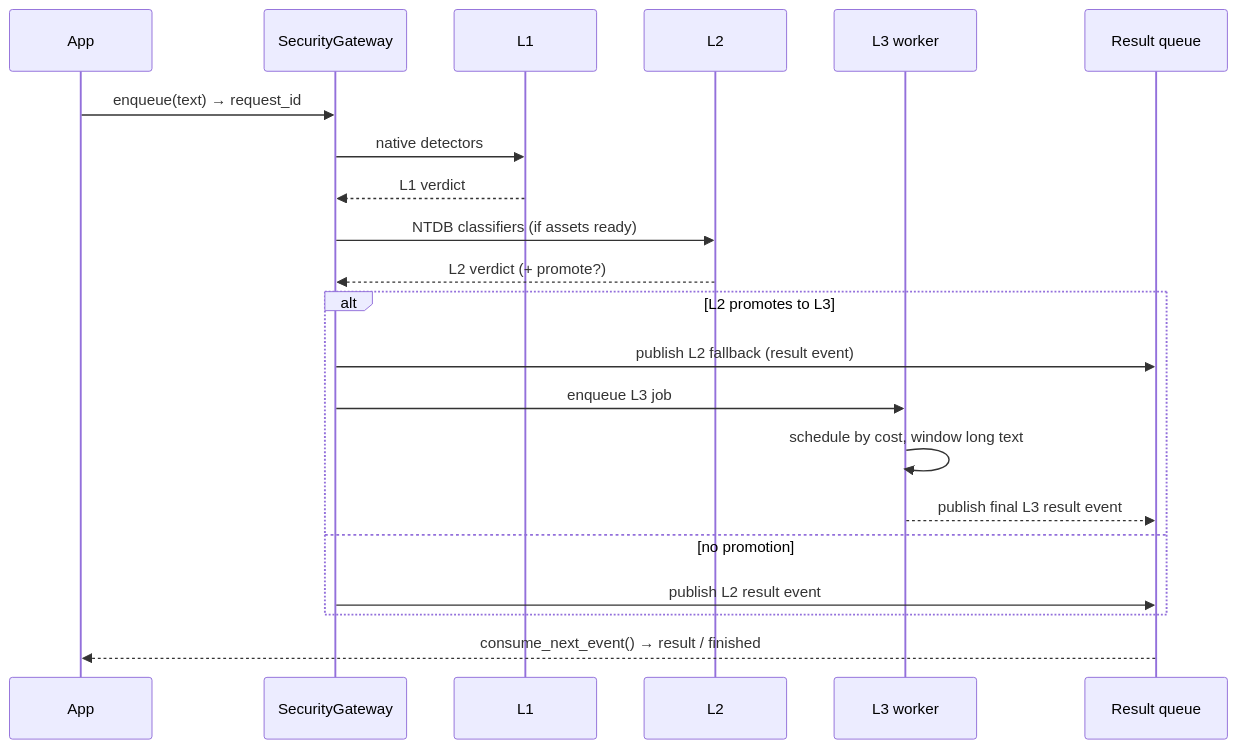
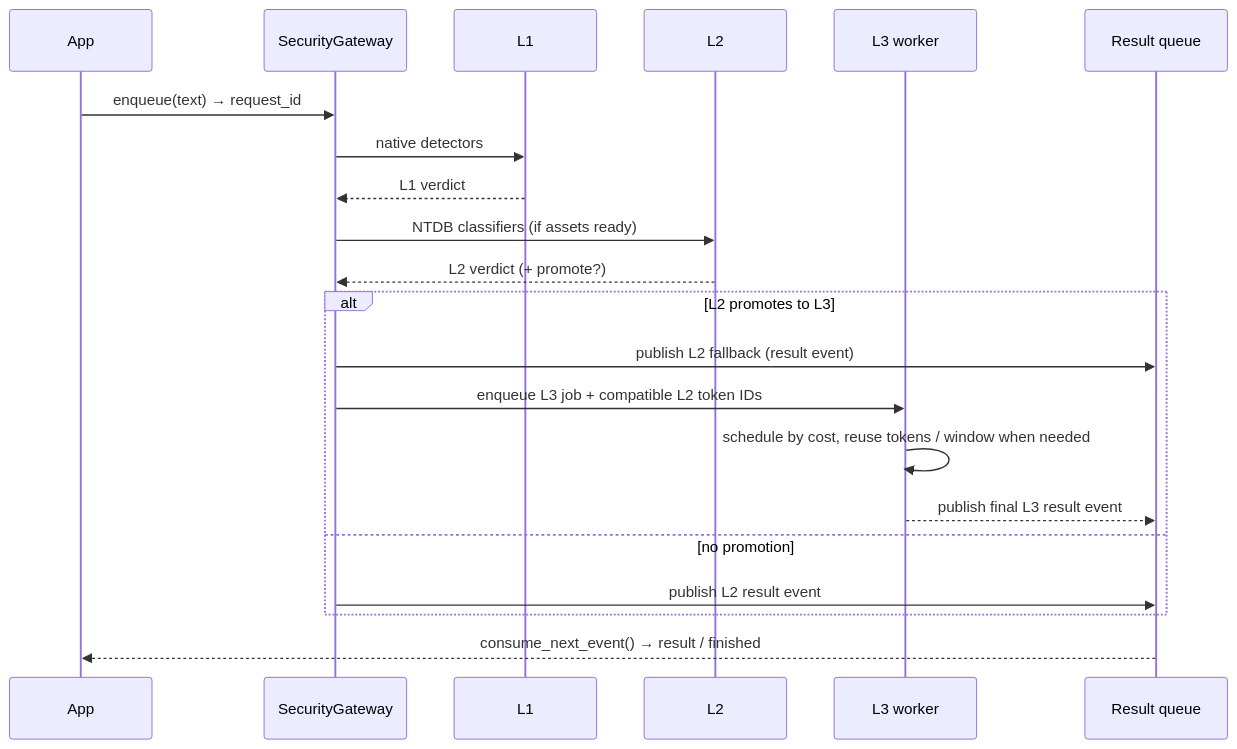
One commit to patronus-protect/patronus-security changed the second of 2 diagrams in docs/concepts/architecture.md. Above: the diagram before and after it, drawn with Mermaid. The commit also changed other lines of this file and 20 other files, not shown here.

````diff
--- a/docs/concepts/architecture.md
+++ b/docs/concepts/architecture.md
@@ -139,24 +143,24 @@
 ```mermaid
 sequenceDiagram
     participant App
     participant GW as SecurityGateway
     participant L1
     participant L2
     participant W as L3 worker
     participant Q as Result queue
 
     App->>GW: enqueue(text) → request_id
     GW->>L1: native detectors
     L1-->>GW: L1 verdict
     GW->>L2: NTDB classifiers (if assets ready)
     L2-->>GW: L2 verdict (+ promote?)
     alt L2 promotes to L3
         GW->>Q: publish L2 fallback (result event)
-        GW->>W: enqueue L3 job
-        W->>W: schedule by cost, window long text
+        GW->>W: enqueue L3 job + compatible L2 token IDs
+        W->>W: schedule by cost, reuse tokens / window when needed
         W-->>Q: publish final L3 result event
     else no promotion
         GW->>Q: publish L2 result event
     end
     Q-->>App: consume_next_event() → result / finished
 ```
````
